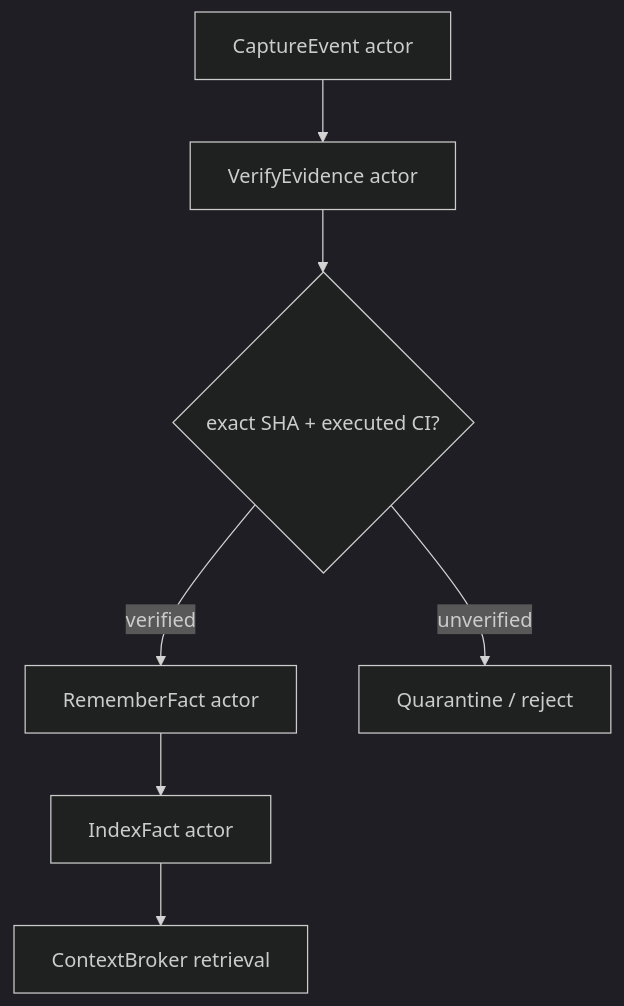
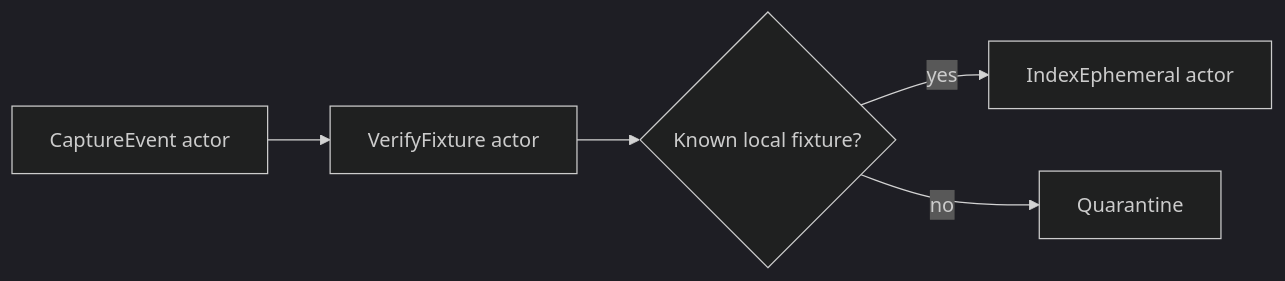
Before and after one commit to atto-lang/atto-step-function-demo: the second of 3 diagrams in docs/GRAPHS.md, drawn with Mermaid (dark theme). The commit also changed other lines of this file and 24 other files, not shown here.

````diff
--- a/docs/GRAPHS.md
+++ b/docs/GRAPHS.md
@@ -21,9 +17,7 @@
 ```mermaid
-flowchart TD
-  A["CaptureEvent actor"] --> B["VerifyEvidence actor"]
-  B --> C{"exact SHA + executed CI?"}
-  C -->|verified| D["RememberFact actor"]
-  C -->|unverified| X["Quarantine / reject"]
-  D --> E["IndexFact actor"]
-  E --> F["ContextBroker retrieval"]
+flowchart LR
+  A[CaptureEvent actor] --> B[VerifyFixture actor]
+  B --> C{Known local fixture?}
+  C -->|yes| D[IndexEphemeral actor]
+  C -->|no| E[Quarantine]
 ```
````
